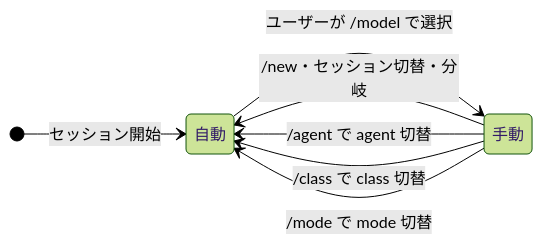
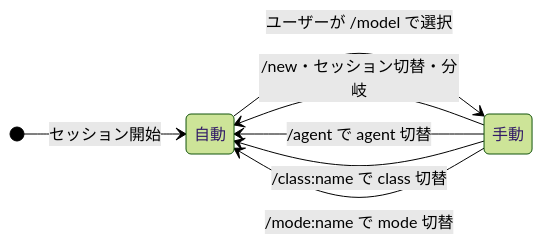
Before and after one commit to CatBraaain/dotfiles: the first of 3 diagrams in dotfiles/.pi/agent/extensions.exact/agents/SPEC.md, drawn with Mermaid (forest theme). The commit also changed other lines of this file and 3 other files, not shown here.

````diff
--- a/dotfiles/.pi/agent/extensions.exact/agents/SPEC.md
+++ b/dotfiles/.pi/agent/extensions.exact/agents/SPEC.md
@@ -335,10 +337,10 @@
 ```mermaid
 stateDiagram-v2
     direction LR
     [*] --> 自動: セッション開始
     自動 --> 手動: ユーザーが /model で選択
     手動 --> 自動: /new・セッション切替・分岐
     手動 --> 自動: /agent で agent 切替
-    手動 --> 自動: /class で class 切替
-    手動 --> 自動: /mode で mode 切替
+    手動 --> 自動: /class:name で class 切替
+    手動 --> 自動: /mode:name で mode 切替
 ```
````
